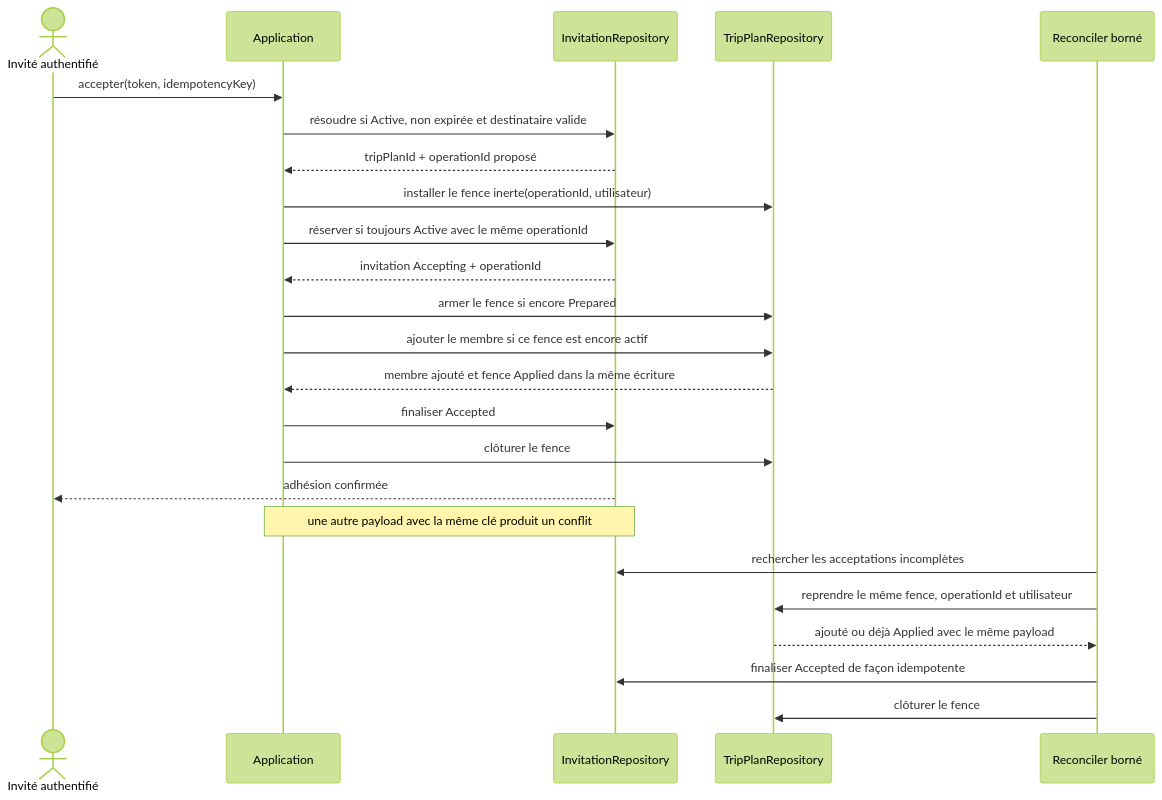
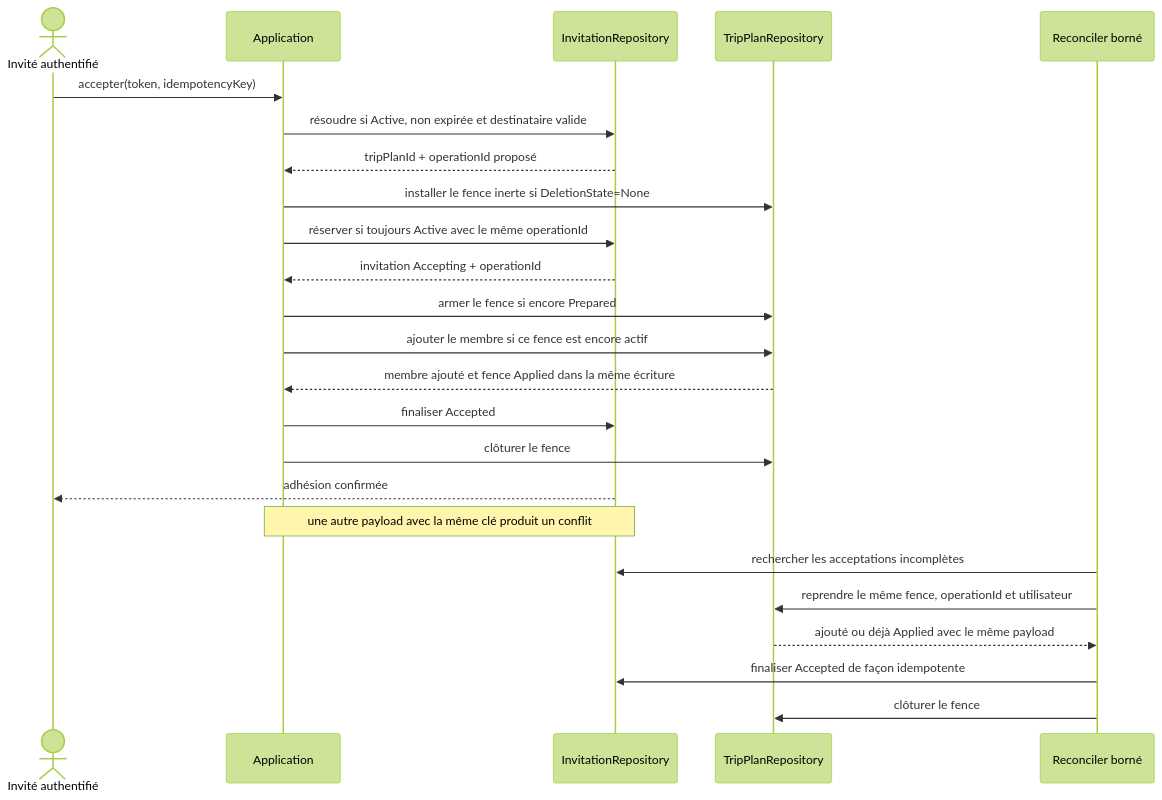
The second of 4 diagrams in docs/architecture/product-growth-trip-01-aggregate-roles-privacy-2026-09-17.md (Ced59/AmusementParkProject), drawn with Mermaid (forest theme) before and after one commit. The commit also changed other lines of this file, not shown here.

````diff
--- a/docs/architecture/product-growth-trip-01-aggregate-roles-privacy-2026-09-17.md
+++ b/docs/architecture/product-growth-trip-01-aggregate-roles-privacy-2026-09-17.md
@@ -248,27 +251,27 @@
 ```mermaid
 sequenceDiagram
     actor I as Invité authentifié
     participant A as Application
     participant R as InvitationRepository
     participant P as TripPlanRepository
     participant J as Reconciler borné
 
     I->>A: accepter(token, idempotencyKey)
     A->>R: résoudre si Active, non expirée et destinataire valide
     R-->>A: tripPlanId + operationId proposé
-    A->>P: installer le fence inerte(operationId, utilisateur)
+    A->>P: installer le fence inerte si DeletionState=None
     A->>R: réserver si toujours Active avec le même operationId
     R-->>A: invitation Accepting + operationId
     A->>P: armer le fence si encore Prepared
     A->>P: ajouter le membre si ce fence est encore actif
     P-->>A: membre ajouté et fence Applied dans la même écriture
     A->>R: finaliser Accepted
     A->>P: clôturer le fence
     R-->>I: adhésion confirmée
     Note over A,R: une autre payload avec la même clé produit un conflit
     J->>R: rechercher les acceptations incomplètes
     J->>P: reprendre le même fence, operationId et utilisateur
     P-->>J: ajouté ou déjà Applied avec le même payload
     J->>R: finaliser Accepted de façon idempotente
     J->>P: clôturer le fence
 ```
````
